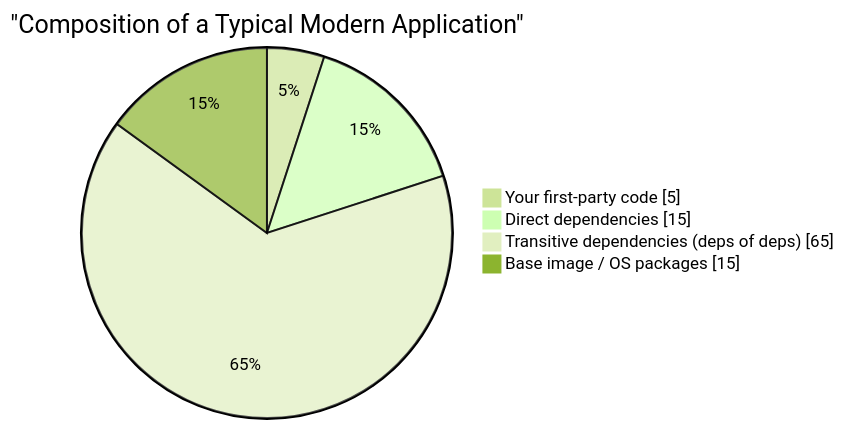
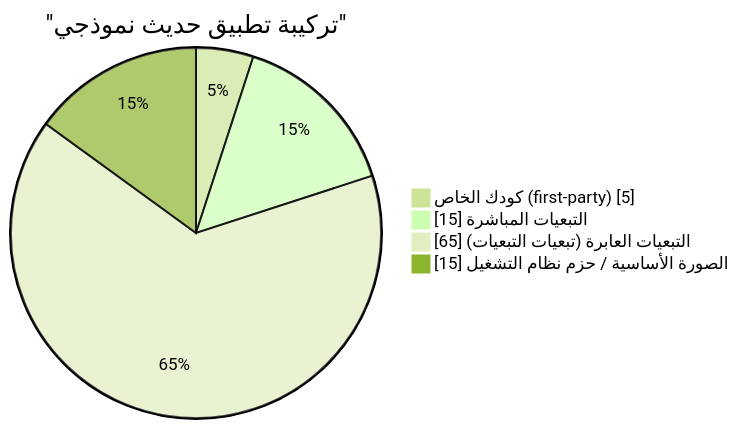
One commit to ibra-kdbra/banije changed the seventh of 11 diagrams in src/content/translate/ar/cloud-native-and-supply-chain-security-in-depth.md. Above: the diagram before and after it, drawn with Mermaid (forest theme). The commit also changed other lines of this file and 33 other files, not shown here.

````diff
--- a/src/content/translate/ar/cloud-native-and-supply-chain-security-in-depth.md
+++ b/src/content/translate/ar/cloud-native-and-supply-chain-security-in-depth.md
@@ -207,8 +207,8 @@
 ```mermaid
 pie showData
-    title "Composition of a Typical Modern Application"
-    "Your first-party code" : 5
-    "Direct dependencies" : 15
-    "Transitive dependencies (deps of deps)" : 65
-    "Base image / OS packages" : 15
+    title "تركيبة تطبيق حديث نموذجي"
+    "كودك الخاص (first-party)" : 5
+    "التبعيات المباشرة" : 15
+    "التبعيات العابرة (تبعيات التبعيات)" : 65
+    "الصورة الأساسية / حزم نظام التشغيل" : 15
 ```
````
